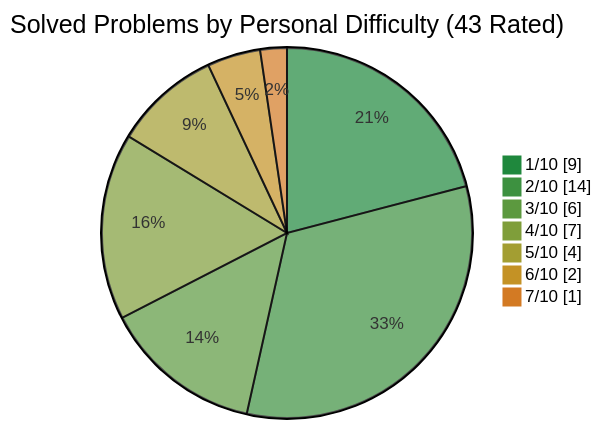
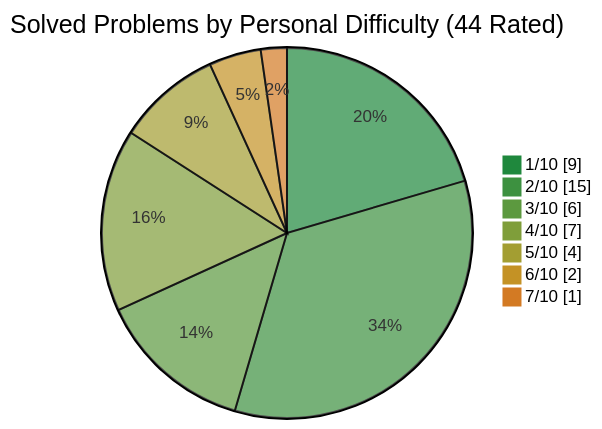
The third of 4 diagrams in README.md (simonesiega/leetcode-solutions), drawn with Mermaid before and after one commit. The commit also changed other lines of this file and 3 other files, not shown here.

````diff
--- a/README.md
+++ b/README.md
@@ -106,12 +106,12 @@
 ```mermaid
 %%{init: {"themeVariables":{"pie1":"#1f883d","pie2":"#3d9140","pie3":"#5c993f","pie4":"#7f9e3a","pie5":"#a39e32","pie6":"#c49225","pie7":"#d37a23"},"themeCSS":".pieCircle:nth-of-type(1){fill:#1f883d!important}.legend:nth-of-type(2) rect{fill:#1f883d!important;stroke:#1f883d!important}.pieCircle:nth-of-type(2){fill:#3d9140!important}.legend:nth-of-type(3) rect{fill:#3d9140!important;stroke:#3d9140!important}.pieCircle:nth-of-type(3){fill:#5c993f!important}.legend:nth-of-type(4) rect{fill:#5c993f!important;stroke:#5c993f!important}.pieCircle:nth-of-type(4){fill:#7f9e3a!important}.legend:nth-of-type(5) rect{fill:#7f9e3a!important;stroke:#7f9e3a!important}.pieCircle:nth-of-type(5){fill:#a39e32!important}.legend:nth-of-type(6) rect{fill:#a39e32!important;stroke:#a39e32!important}.pieCircle:nth-of-type(6){fill:#c49225!important}.legend:nth-of-type(7) rect{fill:#c49225!important;stroke:#c49225!important}.pieCircle:nth-of-type(7){fill:#d37a23!important}.legend:nth-of-type(8) rect{fill:#d37a23!important;stroke:#d37a23!important}"}}%%
 pie showData
-    title Solved Problems by Personal Difficulty (43 Rated)
+    title Solved Problems by Personal Difficulty (44 Rated)
     "1/10" : 9
-    "2/10" : 14
+    "2/10" : 15
     "3/10" : 6
     "4/10" : 7
     "5/10" : 4
     "6/10" : 2
     "7/10" : 1
 ```
````
